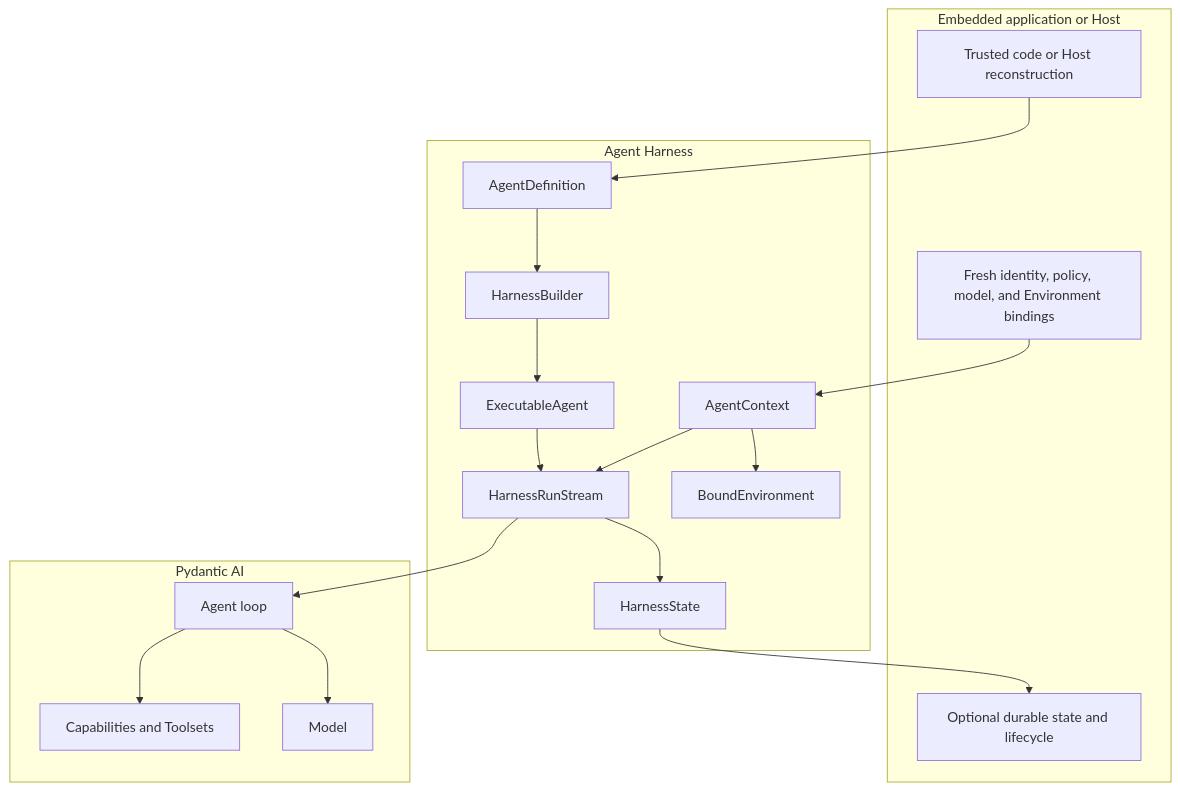
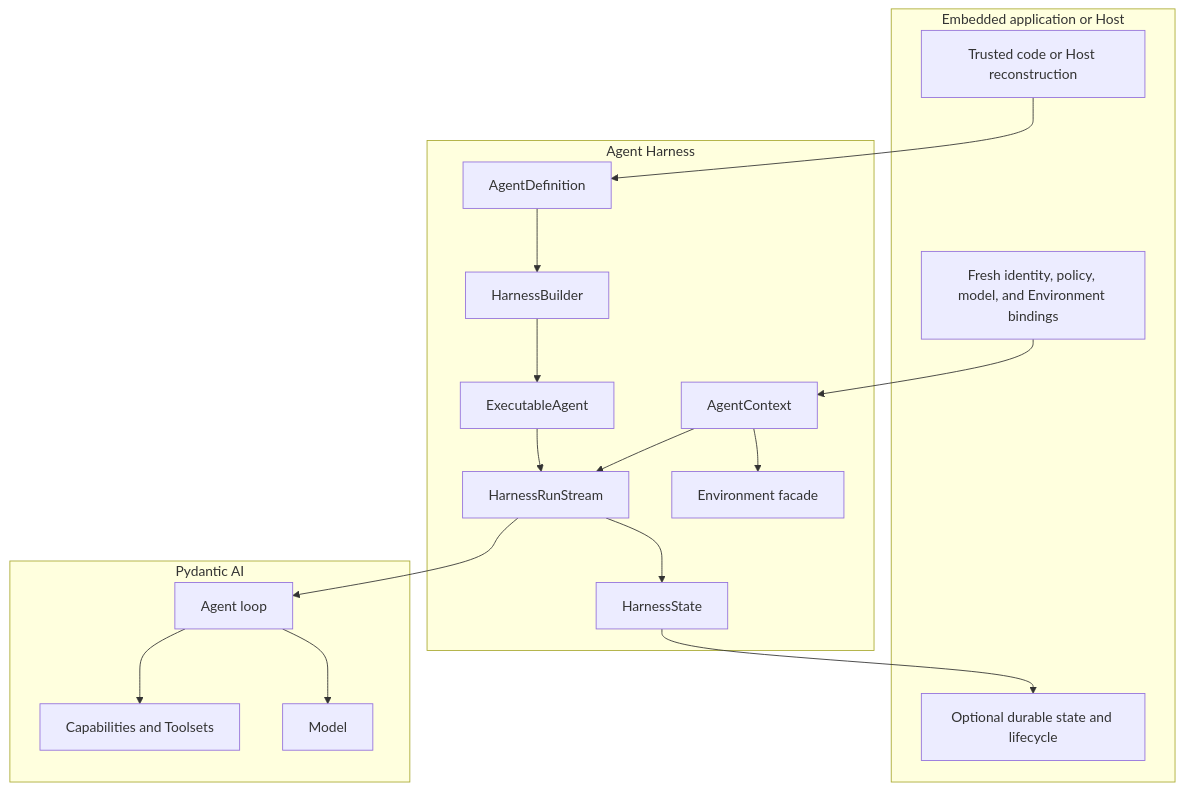
Before and after one commit to LTThreeComma/agent-foundation: the diagram in docs/agent-harness/index.md, drawn with Mermaid. The commit also changed other lines of this file and 125 other files, not shown here.

````diff
--- a/docs/agent-harness/index.md
+++ b/docs/agent-harness/index.md
@@ -38,34 +38,34 @@
 ```mermaid
 flowchart TB
     subgraph App[Embedded application or Host]
         DefinitionSource[Trusted code or Host reconstruction]
         Bindings[Fresh identity, policy, model, and Environment bindings]
         Persistence[Optional durable state and lifecycle]
     end
 
     subgraph Harness[Agent Harness]
         Definition[AgentDefinition]
         Builder[HarnessBuilder]
         Executable[ExecutableAgent]
         Context[AgentContext]
-        Environment[BoundEnvironment]
+        Environment[Environment facade]
         Stream[HarnessRunStream]
         State[HarnessState]
     end
 
     subgraph PAI[Pydantic AI]
         Agent[Agent loop]
         Capabilities[Capabilities and Toolsets]
         Model[Model]
     end
 
     DefinitionSource --> Definition --> Builder --> Executable
     Bindings --> Context
     Executable --> Stream
     Context --> Stream
     Context --> Environment
     Stream --> Agent
     Agent --> Capabilities
     Agent --> Model
     Stream --> State --> Persistence
 ```
````
